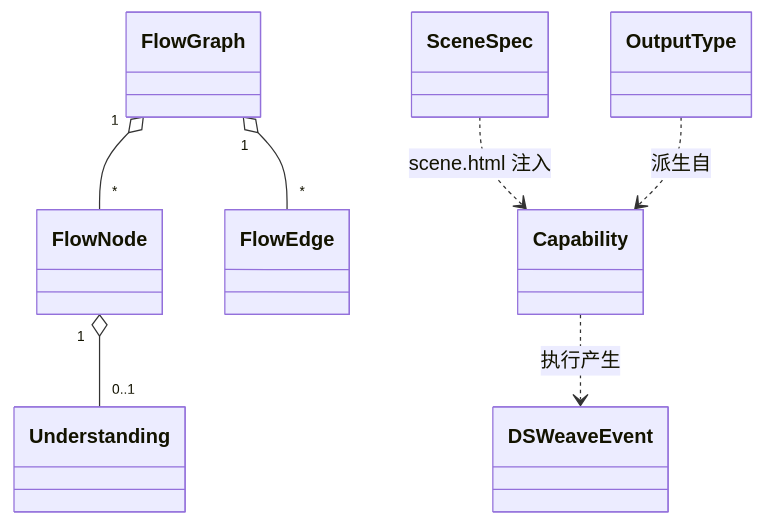
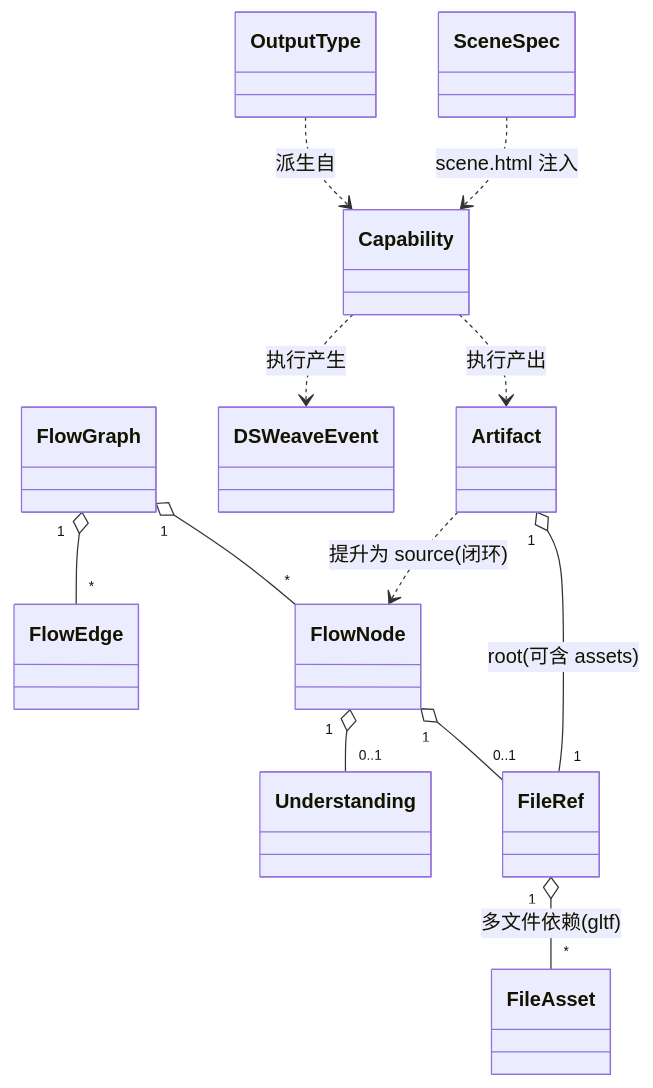
Before and after one commit to creativedswork/DSWeave: the fourth of 4 diagrams in docs/02-technical-design.md, drawn with Mermaid. The commit also changed other lines of this file and 21 other files, not shown here.

````diff
--- a/docs/02-technical-design.md
+++ b/docs/02-technical-design.md
@@ -446,17 +517,25 @@
 ```mermaid
 classDiagram
   class FlowGraph
   class FlowNode
   class FlowEdge
+  class FileRef
+  class FileAsset
   class Understanding
   class OutputType
   class SceneSpec
+  class Artifact
   class DSWeaveEvent
   class Capability
   FlowGraph "1" o-- "*" FlowNode
   FlowGraph "1" o-- "*" FlowEdge
+  FlowNode "1" o-- "0..1" FileRef
   FlowNode "1" o-- "0..1" Understanding
+  FileRef "1" o-- "*" FileAsset : 多文件依赖(gltf)
   SceneSpec ..> Capability : scene.html 注入
   OutputType ..> Capability : 派生自
+  Capability ..> Artifact : 执行产出
+  Artifact "1" o-- "1" FileRef : root(可含 assets)
+  Artifact ..> FlowNode : 提升为 source(闭环)
   Capability ..> DSWeaveEvent : 执行产生
 ```
````
